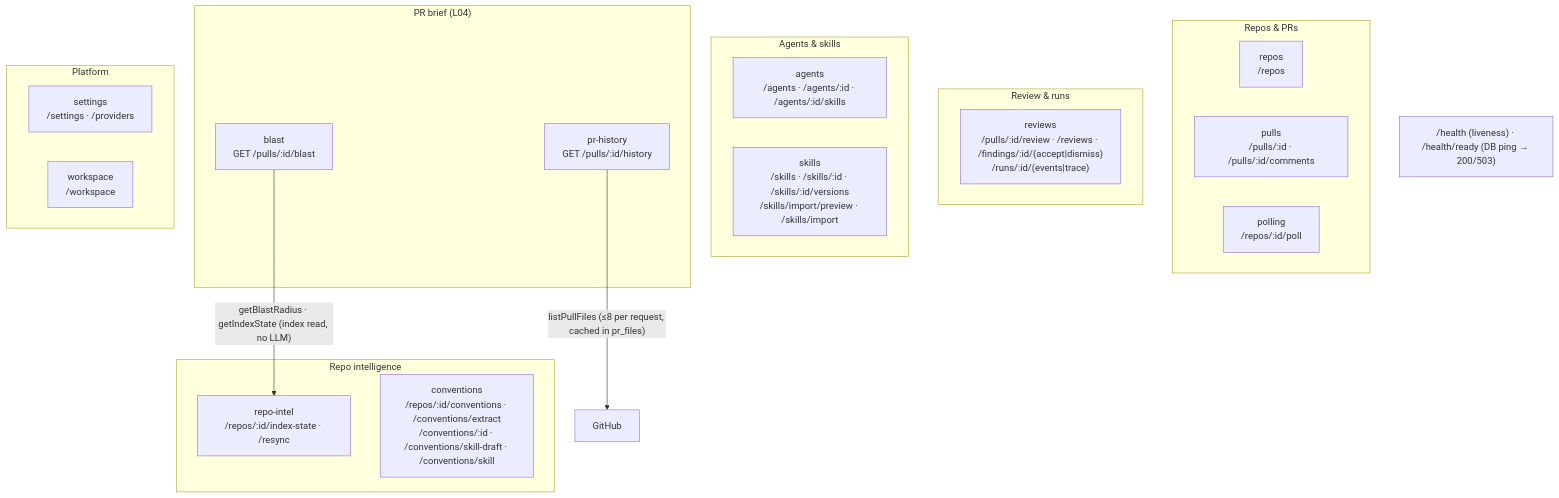
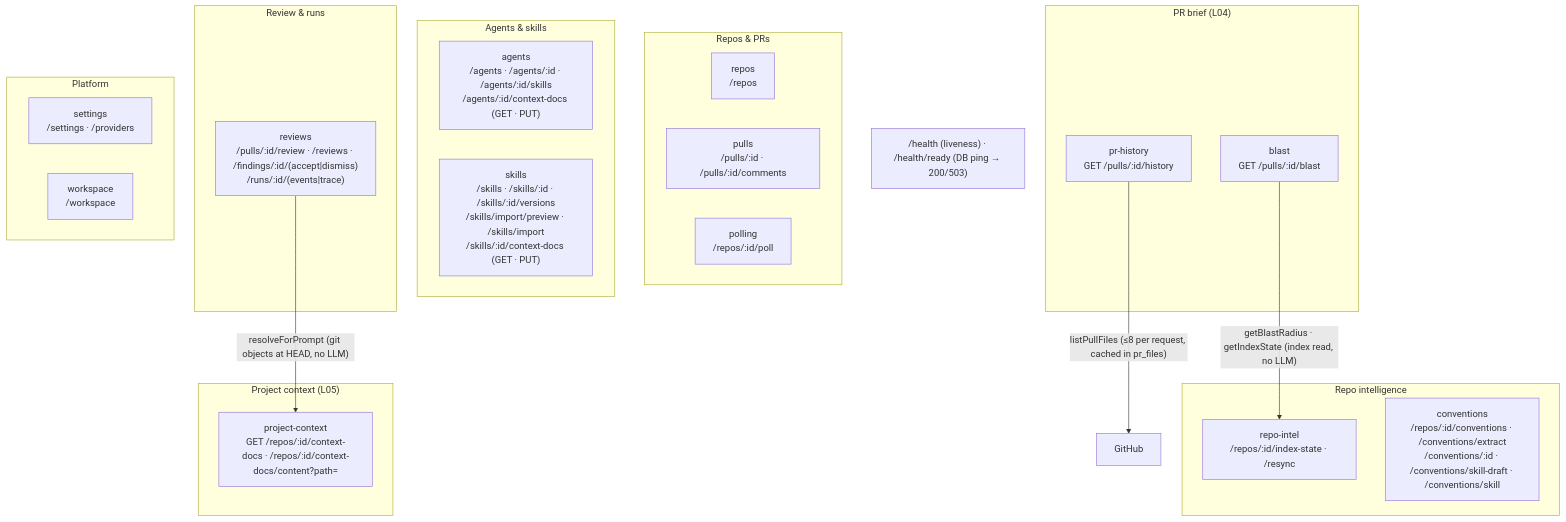
One commit to malinovskiy-alex/dev-digest changed the second of 2 diagrams in server/README.md. Above: the diagram before and after it, drawn with Mermaid. The commit also changed 115 other files, not shown here.

First line of the commit message:
feat(server,web,core,contracts): L05 Project Context — repo docs attached to agents and skills

````diff
--- a/server/README.md
+++ b/server/README.md
@@ -64,31 +64,35 @@
 ```mermaid
 flowchart TB
   subgraph Repos_PRs["Repos & PRs"]
     repos["repos<br/>/repos"]
     pulls["pulls<br/>/pulls/:id · /pulls/:id/comments"]
     polling["polling<br/>/repos/:id/poll"]
   end
   subgraph Review["Review & runs"]
     reviews["reviews<br/>/pulls/:id/review · /reviews · /findings/:id/(accept|dismiss)<br/>/runs/:id/(events|trace)"]
   end
   subgraph Agents["Agents & skills"]
-    agents["agents<br/>/agents · /agents/:id · /agents/:id/skills"]
-    skills["skills<br/>/skills · /skills/:id · /skills/:id/versions<br/>/skills/import/preview · /skills/import"]
+    agents["agents<br/>/agents · /agents/:id · /agents/:id/skills<br/>/agents/:id/context-docs (GET · PUT)"]
+    skills["skills<br/>/skills · /skills/:id · /skills/:id/versions<br/>/skills/import/preview · /skills/import<br/>/skills/:id/context-docs (GET · PUT)"]
   end
   subgraph Intel["Repo intelligence"]
     repoIntel["repo-intel<br/>/repos/:id/index-state · /resync"]
     conventions["conventions<br/>/repos/:id/conventions · /conventions/extract<br/>/conventions/:id · /conventions/skill-draft · /conventions/skill"]
+  end
+  subgraph Context["Project context (L05)"]
+    projectContext["project-context<br/>GET /repos/:id/context-docs · /repos/:id/context-docs/content?path="]
   end
   subgraph Brief["PR brief (L04)"]
     blast["blast<br/>GET /pulls/:id/blast"]
     prHistory["pr-history<br/>GET /pulls/:id/history"]
   end
   GH["GitHub"]
   blast -->|"getBlastRadius · getIndexState (index read, no LLM)"| repoIntel
+  reviews -->|"resolveForPrompt (git objects at HEAD, no LLM)"| projectContext
   prHistory -->|"listPullFiles (≤8 per request, cached in pr_files)"| GH
   subgraph Platform["Platform"]
     settings["settings<br/>/settings · /providers"]
     workspace["workspace<br/>/workspace"]
   end
   HEALTH["/health (liveness) · /health/ready (DB ping → 200/503)"]
 ```
````
